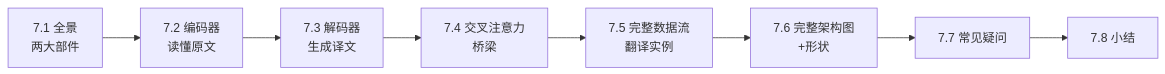
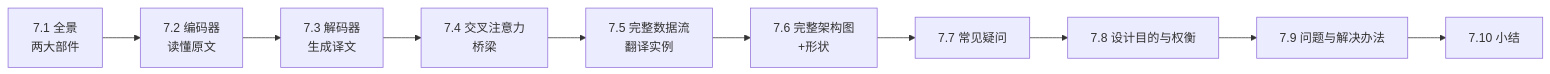
The first of 19 diagrams in transformer-学习资料/第07章-EncoderDecoder完整结构.md (zerioo1970/summary), drawn with Mermaid before and after one commit. The commit also changed other lines of this file and 4 other files, not shown here.

Commit message:
深度扩充第3-7章:每章新增'设计目的与权衡'和'问题与解决办法'两大节

````diff
--- a/transformer-学习资料/第07章-EncoderDecoder完整结构.md
+++ b/transformer-学习资料/第07章-EncoderDecoder完整结构.md
@@ -11,10 +11,12 @@
 ```mermaid
 flowchart LR
     A["7.1 全景<br/>两大部件"] --> B["7.2 编码器<br/>读懂原文"]
     B --> C["7.3 解码器<br/>生成译文"]
     C --> D["7.4 交叉注意力<br/>桥梁"]
     D --> E["7.5 完整数据流<br/>翻译实例"]
     E --> F["7.6 完整架构图<br/>+形状"]
     F --> G["7.7 常见疑问"]
-    G --> H["7.8 小结"]
+    G --> H["7.8 设计目的与权衡"]
+    H --> I["7.9 问题与解决办法"]
+    I --> J["7.10 小结"]
 ```
````
